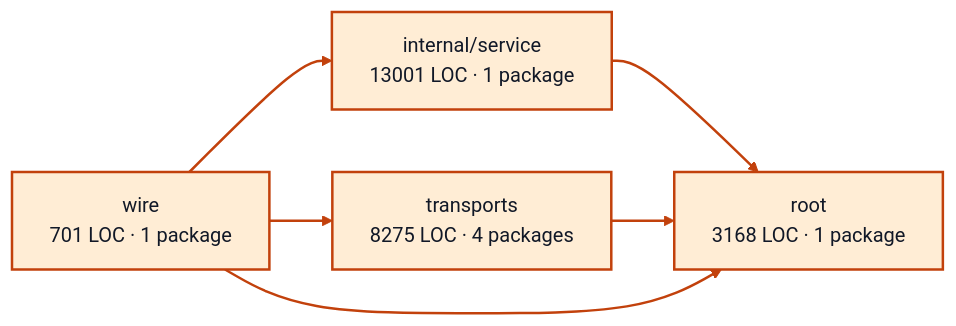
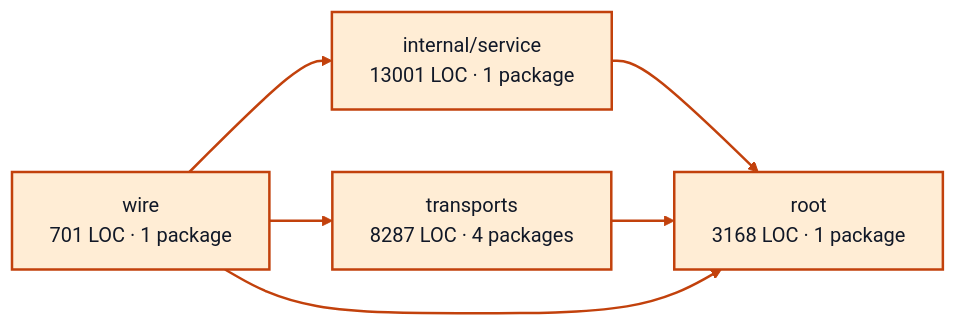
Before and after one commit to portpowered/you-agent-factory: the diagram in docs/architecture/visualizations/services/worker_sessions.md, drawn with Mermaid (forest theme). The commit also changed other lines of this file and 20 other files, not shown here.

Commit message:
docs: refresh backend architecture visualizations

````diff
--- a/docs/architecture/visualizations/services/worker_sessions.md
+++ b/docs/architecture/visualizations/services/worker_sessions.md
@@ -11,17 +11,17 @@
 ```mermaid
 flowchart LR
   p0["internal/service<br/>13001 LOC · 1 package"]
   p1["root<br/>3168 LOC · 1 package"]
-  p2["transports<br/>8275 LOC · 4 packages"]
+  p2["transports<br/>8287 LOC · 4 packages"]
   p3["wire<br/>701 LOC · 1 package"]
   p0 --> p1
   p2 --> p1
   p3 --> p0
   p3 --> p1
   p3 --> p2
   style p0 fill:#ffedd5,stroke:#c2410c,stroke-width:2px,color:#111827
   style p1 fill:#ffedd5,stroke:#c2410c,stroke-width:2px,color:#111827
   style p2 fill:#ffedd5,stroke:#c2410c,stroke-width:2px,color:#111827
   style p3 fill:#ffedd5,stroke:#c2410c,stroke-width:2px,color:#111827
   linkStyle default stroke:#c2410c,stroke-width:2px
 ```
````
